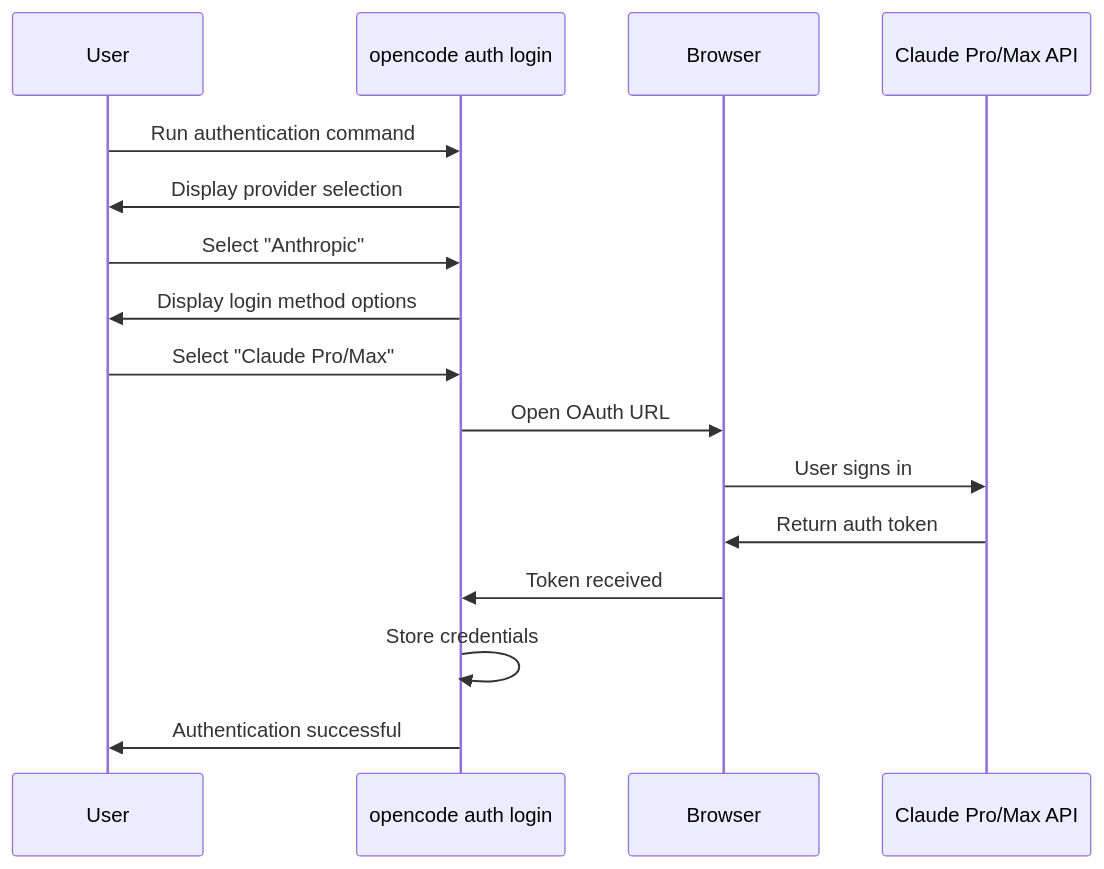
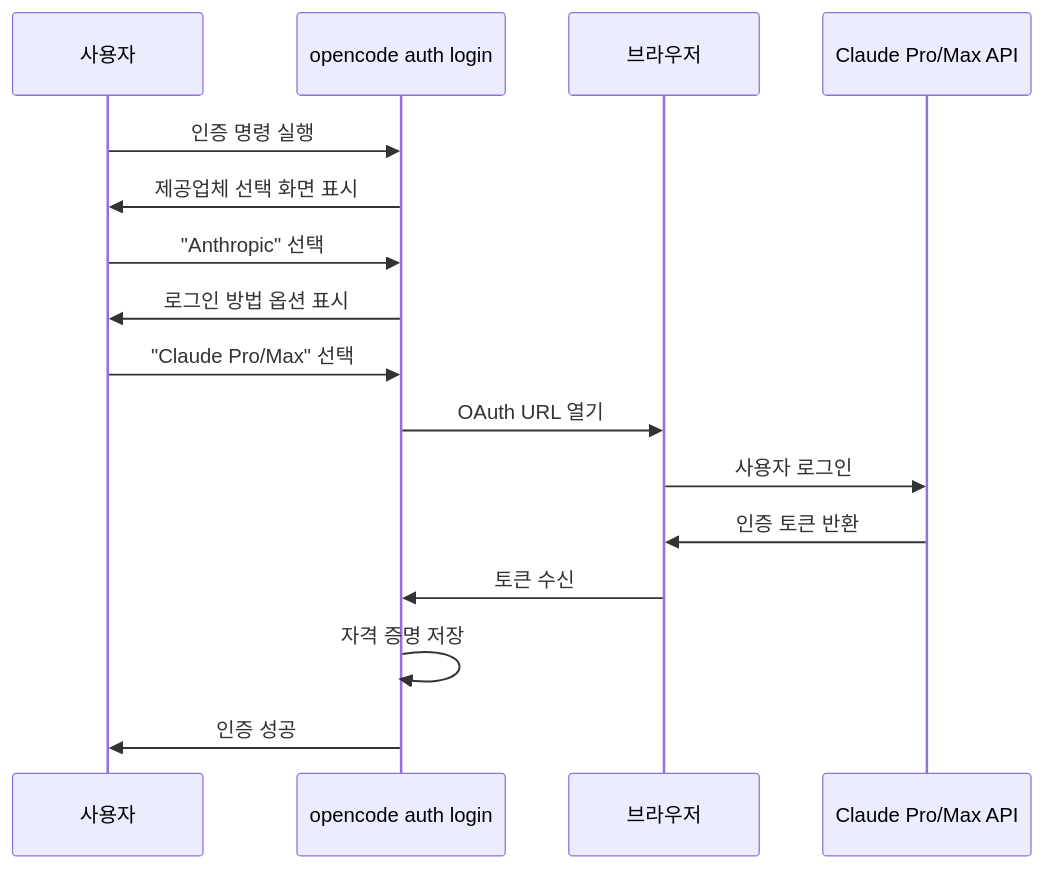
One commit to felipetruman/oh-my-opencode-docs changed the second of 5 diagrams in docs/getting-started/authentication-setup.md. Above: the diagram before and after it, drawn with Mermaid. The commit also changed other lines of this file and 76 other files, not shown here.

````diff
--- a/docs/getting-started/authentication-setup.md
+++ b/docs/getting-started/authentication-setup.md
@@ -116,19 +116,19 @@
 ```mermaid
 sequenceDiagram
-  participant p1 as User
+  participant p1 as 사용자
   participant p2 as opencode auth login
-  participant p3 as Browser
+  participant p3 as 브라우저
   participant p4 as Claude Pro/Max API
 
-  p1->>p2: Run authentication command
-  p2->>p1: Display provider selection
-  p1->>p2: Select "Anthropic"
-  p2->>p1: Display login method options
-  p1->>p2: Select "Claude Pro/Max"
-  p2->>p3: Open OAuth URL
-  p3->>p4: User signs in
-  p4->>p3: Return auth token
-  p3->>p2: Token received
-  p2->>p2: Store credentials
-  p2->>p1: Authentication successful
+  p1->>p2: 인증 명령 실행
+  p2->>p1: 제공업체 선택 화면 표시
+  p1->>p2: "Anthropic" 선택
+  p2->>p1: 로그인 방법 옵션 표시
+  p1->>p2: "Claude Pro/Max" 선택
+  p2->>p3: OAuth URL 열기
+  p3->>p4: 사용자 로그인
+  p4->>p3: 인증 토큰 반환
+  p3->>p2: 토큰 수신
+  p2->>p2: 자격 증명 저장
+  p2->>p1: 인증 성공
 ```
````
